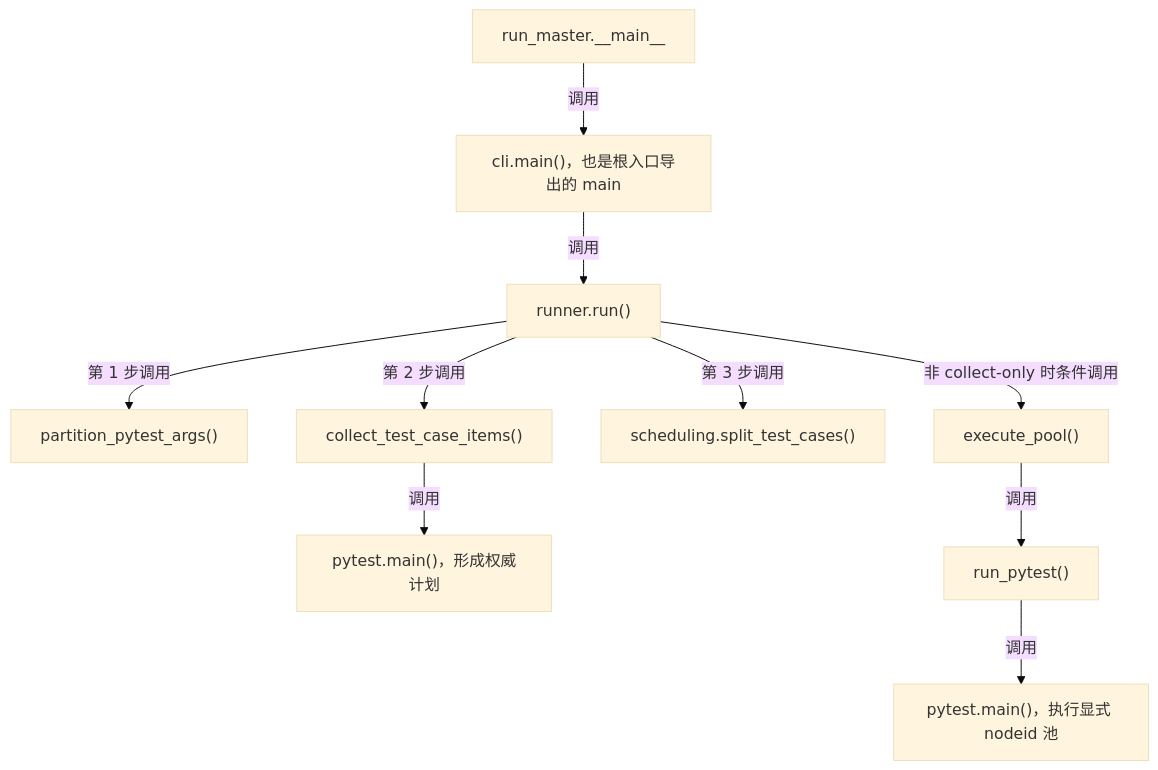
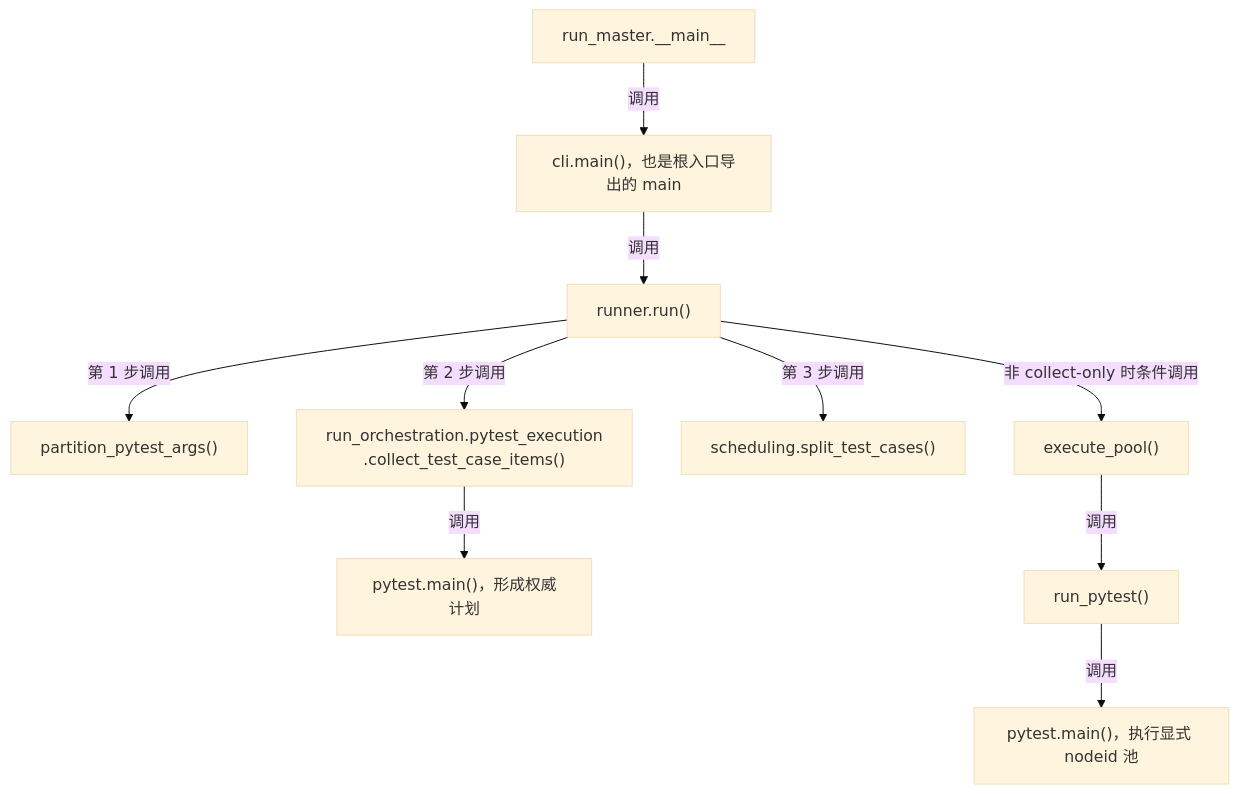
One commit to wjy801/llm_api_case changed the third of 5 diagrams in course/第13课-Runner像车站调度系统.md. Above: the diagram before and after it, drawn with Mermaid (base theme). The commit also changed other lines of this file and 6 other files, not shown here.

````diff
--- a/course/第13课-Runner像车站调度系统.md
+++ b/course/第13课-Runner像车站调度系统.md
@@ -923,23 +1160,23 @@
 ```mermaid
 flowchart TD
     ENTRY["run_master.__main__"]
     CLI["cli.main()，也是根入口导出的 main"]
     RUN["runner.run()"]
     PARTITION["partition_pytest_args()"]
-    COLLECT["collect_test_case_items()"]
+    COLLECT["run_orchestration.pytest_execution<br/>.collect_test_case_items()"]
     PYTEST_PLAN["pytest.main()，形成权威计划"]
     SPLIT["scheduling.split_test_cases()"]
     EXECUTE["execute_pool()"]
     RUN_PYTEST["run_pytest()"]
     PYTEST_POOL["pytest.main()，执行显式 nodeid 池"]
 
     ENTRY -->|调用| CLI
     CLI -->|调用| RUN
     RUN -->|第 1 步调用| PARTITION
     RUN -->|第 2 步调用| COLLECT
     COLLECT -->|调用| PYTEST_PLAN
     RUN -->|第 3 步调用| SPLIT
     RUN -->|非 collect-only 时条件调用| EXECUTE
     EXECUTE -->|调用| RUN_PYTEST
     RUN_PYTEST -->|调用| PYTEST_POOL
 ```
````
